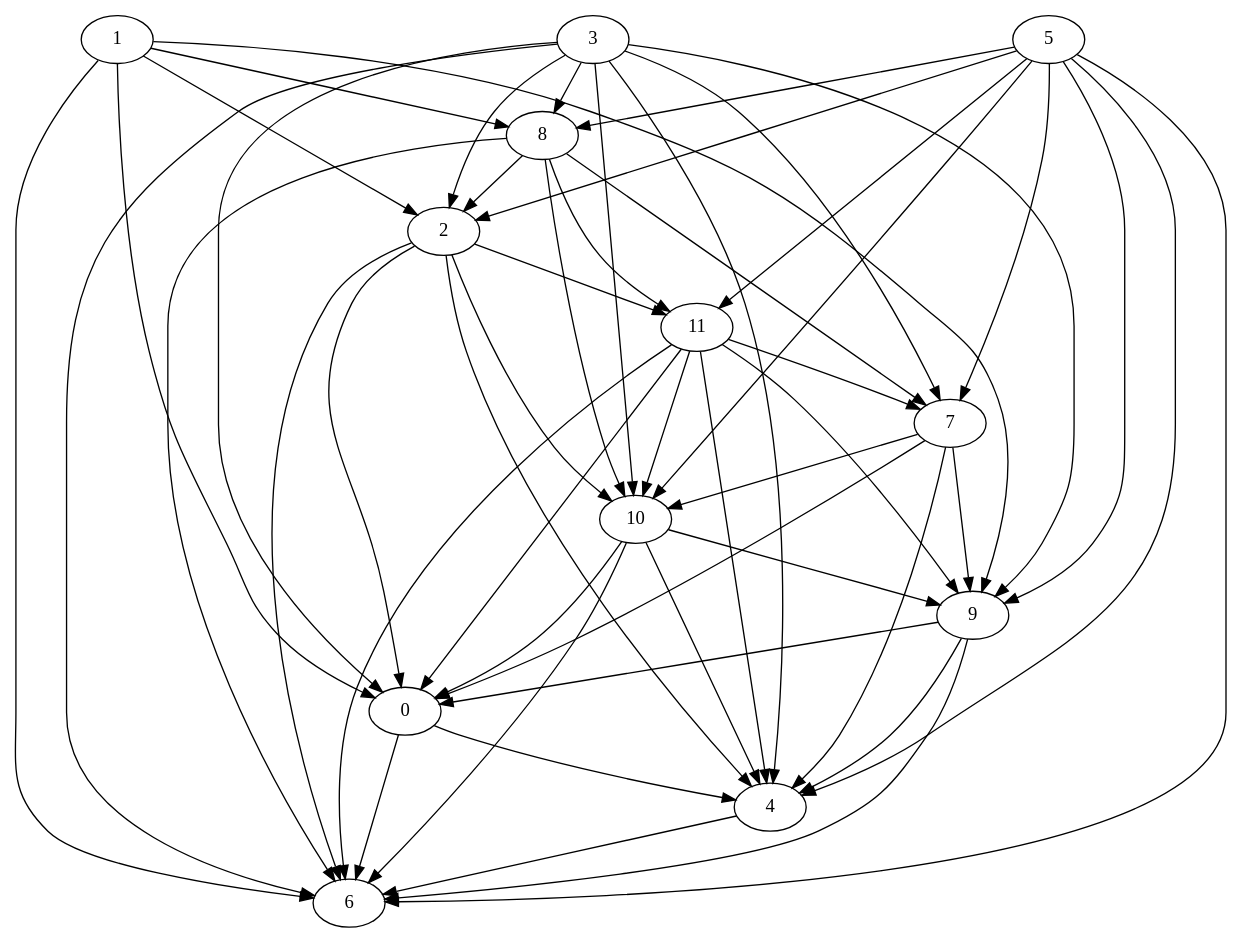
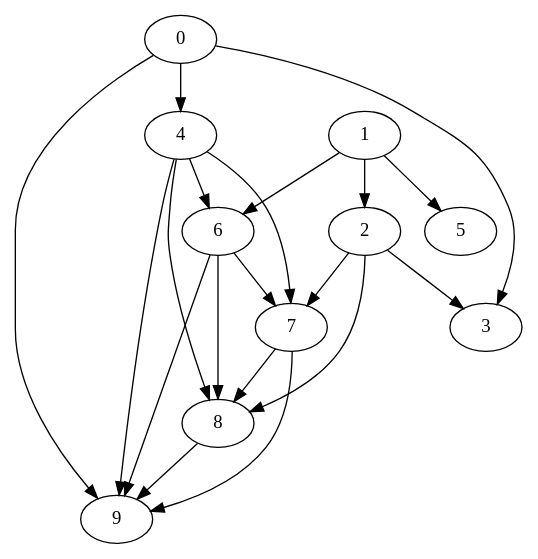
The diagram in src/main/resources/dotfiles/input/Nodes_10_Random-output.dot (zsuh022/process-scheduler), drawn with Graphviz before and after one commit. The commit also changed 8 other files, not shown here.

```diff
--- a/src/main/resources/dotfiles/input/Nodes_10_Random-output.dot
+++ b/src/main/resources/dotfiles/input/Nodes_10_Random-output.dot
@@ -1,65 +1,31 @@
 digraph {
-	"0" ["Start"=0,"Weight"=182,"Processor"=1];
-	"11" ["Start"=1665,"Weight"=625,"Processor"=1];
-	"1" ["Start"=0,"Weight"=427,"Processor"=2];
-	"2" ["Start"=1487,"Weight"=211,"Processor"=2];
-	"3" ["Start"=0,"Weight"=614,"Processor"=3];
-	"4" ["Start"=2311,"Weight"=294,"Processor"=1];
-	"5" ["Start"=0,"Weight"=382,"Processor"=4];
-	"6" ["Start"=2605,"Weight"=920,"Processor"=1];
-	"7" ["Start"=2871,"Weight"=329,"Processor"=2];
-	"8" ["Start"=753,"Weight"=973,"Processor"=3];
-	"9" ["Start"=3200,"Weight"=131,"Processor"=2];
-	"10" ["Start"=3331,"Weight"=138,"Processor"=2];
-	"4" -> "6" ["Weight"=807];
-	"0" -> "4" ["Weight"=961];
-	"0" -> "6" ["Weight"=667];
-	"11" -> "0" ["Weight"=366];
-	"3" -> "10" ["Weight"=563];
-	"5" -> "10" ["Weight"=345];
-	"11" -> "4" ["Weight"=299];
-	"5" -> "11" ["Weight"=127];
-	"7" -> "10" ["Weight"=780];
-	"11" -> "6" ["Weight"=476];
-	"9" -> "0" ["Weight"=334];
-	"11" -> "7" ["Weight"=581];
-	"11" -> "9" ["Weight"=410];
-	"9" -> "4" ["Weight"=113];
-	"5" -> "2" ["Weight"=198];
-	"9" -> "6" ["Weight"=459];
-	"1" -> "0" ["Weight"=683];
-	"5" -> "4" ["Weight"=357];
-	"1" -> "2" ["Weight"=198];
-	"5" -> "6" ["Weight"=701];
-	"5" -> "7" ["Weight"=517];
-	"5" -> "8" ["Weight"=301];
-	"5" -> "9" ["Weight"=996];
-	"1" -> "6" ["Weight"=737];
-	"1" -> "8" ["Weight"=326];
-	"1" -> "9" ["Weight"=844];
-	"11" -> "10" ["Weight"=415];
-	"2" -> "0" ["Weight"=297];
-	"2" -> "4" ["Weight"=613];
-	"2" -> "6" ["Weight"=414];
-	"2" -> "10" ["Weight"=731];
-	"2" -> "11" ["Weight"=662];
-	"8" -> "10" ["Weight"=119];
-	"8" -> "11" ["Weight"=692];
-	"7" -> "0" ["Weight"=806];
-	"3" -> "0" ["Weight"=395];
-	"7" -> "4" ["Weight"=917];
-	"3" -> "2" ["Weight"=873];
-	"3" -> "4" ["Weight"=515];
-	"7" -> "9" ["Weight"=711];
-	"3" -> "6" ["Weight"=800];
-	"3" -> "7" ["Weight"=708];
-	"3" -> "8" ["Weight"=166];
-	"3" -> "9" ["Weight"=650];
-	"10" -> "0" ["Weight"=150];
-	"10" -> "4" ["Weight"=830];
-	"10" -> "6" ["Weight"=998];
-	"8" -> "2" ["Weight"=365];
-	"10" -> "9" ["Weight"=267];
-	"8" -> "6" ["Weight"=953];
-	"8" -> "7" ["Weight"=849];
+	"0" ["Start"=0,"Weight"=6,"Processor"=1];
+	"1" ["Start"=6,"Weight"=5,"Processor"=1];
+	"2" ["Start"=22,"Weight"=5,"Processor"=1];
+	"3" ["Start"=40,"Weight"=10,"Processor"=2];
+	"4" ["Start"=11,"Weight"=3,"Processor"=1];
+	"5" ["Start"=30,"Weight"=7,"Processor"=2];
+	"6" ["Start"=14,"Weight"=8,"Processor"=1];
+	"7" ["Start"=27,"Weight"=3,"Processor"=1];
+	"8" ["Start"=30,"Weight"=8,"Processor"=1];
+	"9" ["Start"=38,"Weight"=8,"Processor"=1];
+	"1" -> "2" ["Weight"=48];
+	"2" -> "3" ["Weight"=10];
+	"6" -> "7" ["Weight"=15];
+	"7" -> "8" ["Weight"=15];
+	"8" -> "9" ["Weight"=39];
+	"4" -> "6" ["Weight"=10];
+	"6" -> "8" ["Weight"=39];
+	"7" -> "9" ["Weight"=34];
+	"0" -> "3" ["Weight"=34];
+	"4" -> "7" ["Weight"=48];
+	"6" -> "9" ["Weight"=29];
+	"0" -> "4" ["Weight"=24];
+	"1" -> "5" ["Weight"=19];
+	"4" -> "8" ["Weight"=48];
+	"1" -> "6" ["Weight"=39];
+	"2" -> "7" ["Weight"=48];
+	"4" -> "9" ["Weight"=39];
+	"2" -> "8" ["Weight"=48];
+	"0" -> "9" ["Weight"=44];
 }
```
